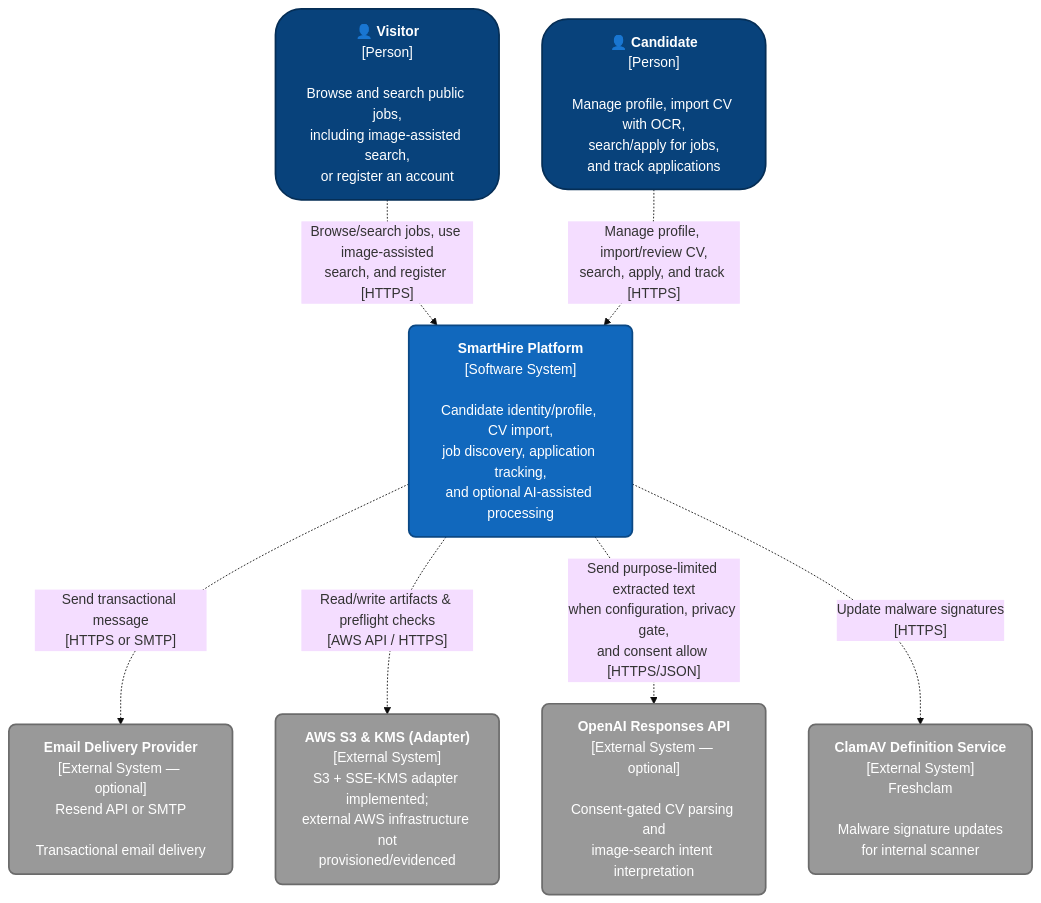
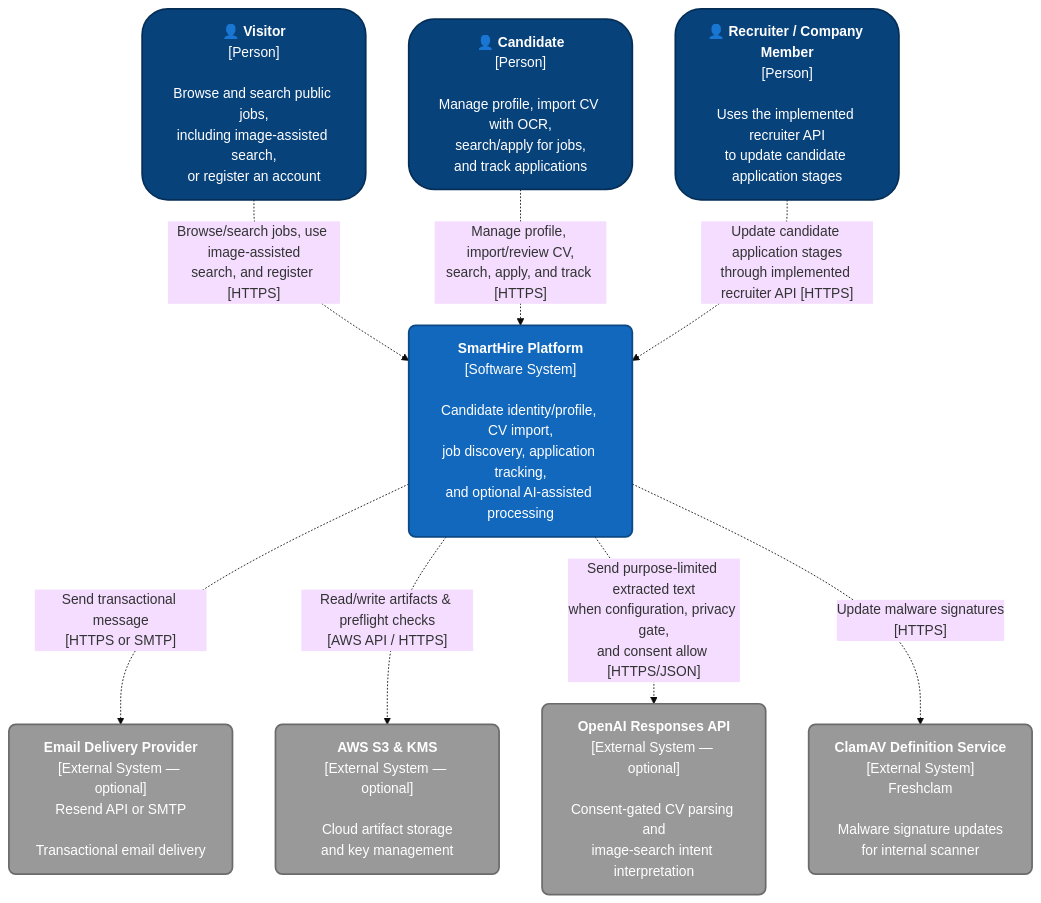
The diagram in docs/diagrams/system context diagram/System_Context.md (quocuy0112/Software-Engineering---Group-9), drawn with Mermaid (base theme) before and after one commit. The commit also changed other lines of this file and 3 other files, not shown here.

Commit message:
docs: align C4 diagrams with current implementation

````diff
--- a/docs/diagrams/system context diagram/System_Context.md
+++ b/docs/diagrams/system context diagram/System_Context.md
@@ -7,29 +7,31 @@
 ```mermaid
 flowchart TD
     %% Standard C4 CSS Formatting
     classDef person fill:#08427b,stroke:#052e56,stroke-width:2px,color:#fff,rx:30px,ry:30px
     classDef system fill:#1168bd,stroke:#0b4884,stroke-width:2px,color:#fff,rx:8px,ry:8px
     classDef external fill:#999999,stroke:#6b6b6b,stroke-width:2px,color:#fff,rx:8px,ry:8px
 
     %% Actors Declaration
     V["👤 <b>Visitor</b><br/>[Person]<br/><br/>Browse and search public jobs,<br/>including image-assisted search,<br/>or register an account"]:::person
     C["👤 <b>Candidate</b><br/>[Person]<br/><br/>Manage profile, import CV with OCR,<br/>search/apply for jobs,<br/>and track applications"]:::person
+    R["👤 <b>Recruiter / Company Member</b><br/>[Person]<br/><br/>Uses the implemented recruiter API<br/>to update candidate application stages"]:::person
 
     %% Internal System Declaration
     SH["<b>SmartHire Platform</b><br/>[Software System]<br/><br/>Candidate identity/profile, CV import,<br/>job discovery, application tracking,<br/>and optional AI-assisted processing"]:::system
 
     %% External Systems Declaration
     EM["<b>Email Delivery Provider</b><br/>[External System — optional]<br/>Resend API or SMTP<br/><br/>Transactional email delivery"]:::external
-    ST["<b>AWS S3 & KMS (Adapter)</b><br/>[External System]<br/>S3 + SSE-KMS adapter implemented;<br/>external AWS infrastructure not<br/>provisioned/evidenced"]:::external
+    ST["<b>AWS S3 & KMS</b><br/>[External System — optional]<br/><br/>Cloud artifact storage<br/>and key management"]:::external
     AI["<b>OpenAI Responses API</b><br/>[External System — optional]<br/><br/>Consent-gated CV parsing and<br/>image-search intent interpretation"]:::external
     AV["<b>ClamAV Definition Service</b><br/>[External System]<br/>Freshclam<br/><br/>Malware signature updates<br/>for internal scanner"]:::external
 
     %% Communication Flow
     V -. "Browse/search jobs, use image-assisted<br/>search, and register [HTTPS]" .-> SH
     C -. "Manage profile, import/review CV,<br/>search, apply, and track [HTTPS]" .-> SH
+    R -. "Update candidate application stages<br/>through implemented recruiter API [HTTPS]" .-> SH
 
     SH -. "Send transactional message<br/>[HTTPS or SMTP]" .-> EM
     SH -. "Read/write artifacts & preflight checks<br/>[AWS API / HTTPS]" .-> ST
     SH -. "Send purpose-limited extracted text<br/>when configuration, privacy gate,<br/>and consent allow [HTTPS/JSON]" .-> AI
     SH -. "Update malware signatures<br/>[HTTPS]" .-> AV
 ```
````
